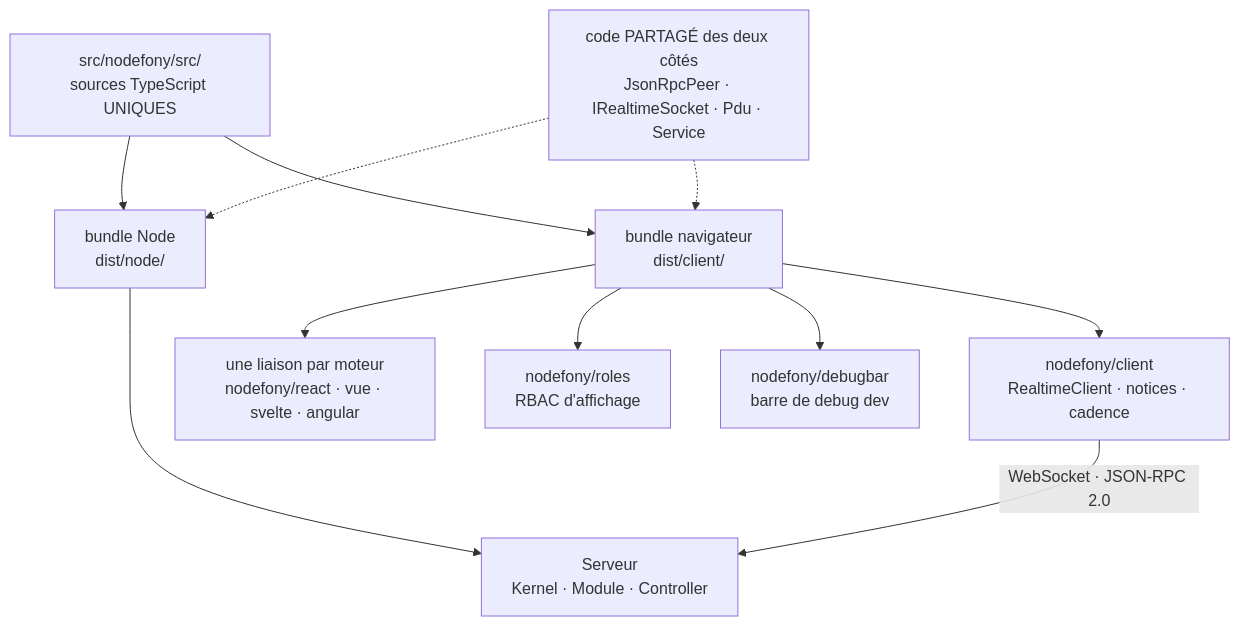
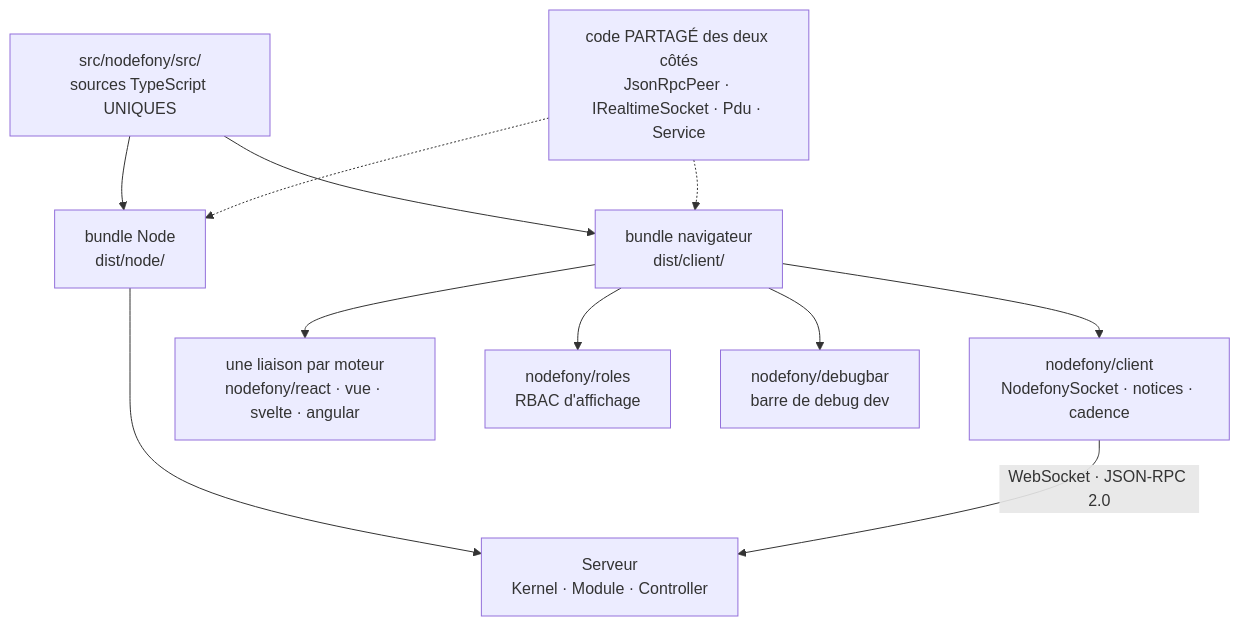
The first of 2 diagrams in src/nodefony/docs/client.md (nodefony/nodefony-core), drawn with Mermaid before and after one commit. The commit also changed other lines of this file and 133 other files, not shown here.

````diff
--- a/src/nodefony/docs/client.md
+++ b/src/nodefony/docs/client.md
@@ -52,15 +52,15 @@
 ```mermaid
 flowchart TD
   SRC["src/nodefony/src/<br/>sources TypeScript UNIQUES"]
   SRC --> NB["bundle Node<br/>dist/node/"]
   SRC --> CB["bundle navigateur<br/>dist/client/"]
   NB --> SERV["Serveur<br/>Kernel · Module · Controller"]
-  CB --> C1["nodefony/client<br/>RealtimeClient · notices · cadence"]
+  CB --> C1["nodefony/client<br/>NodefonySocket · notices · cadence"]
   CB --> C2["une liaison par moteur<br/>nodefony/react · vue · svelte · angular"]
   CB --> C3["nodefony/roles<br/>RBAC d'affichage"]
   CB --> C4["nodefony/debugbar<br/>barre de debug dev"]
   C1 -->|"WebSocket · JSON-RPC 2.0"| SERV
   SHARED["code PARTAGÉ des deux côtés<br/>JsonRpcPeer · IRealtimeSocket · Pdu · Service"]
   SHARED -.-> NB
   SHARED -.-> CB
 ```
````
